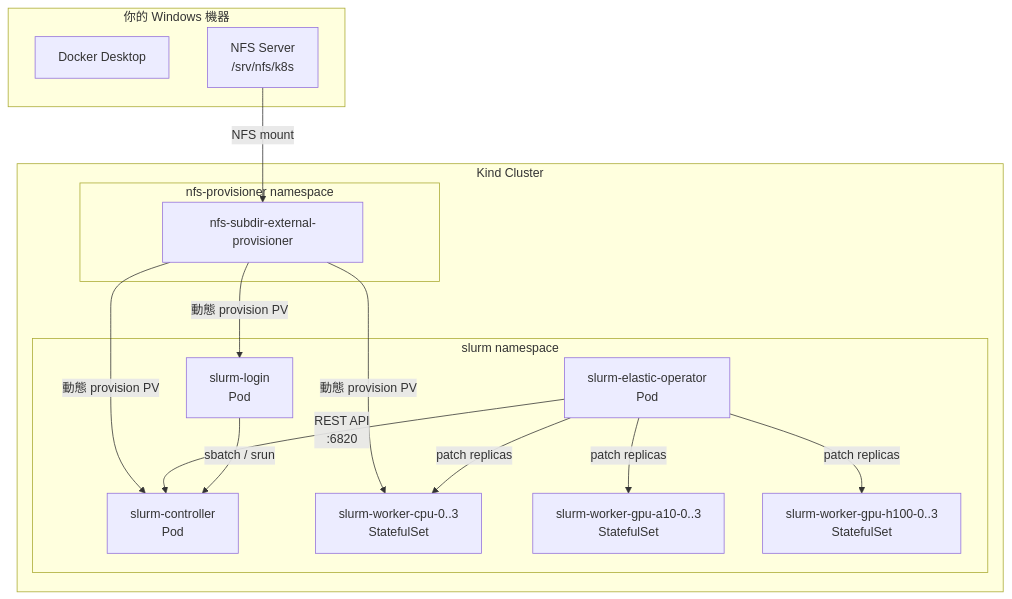
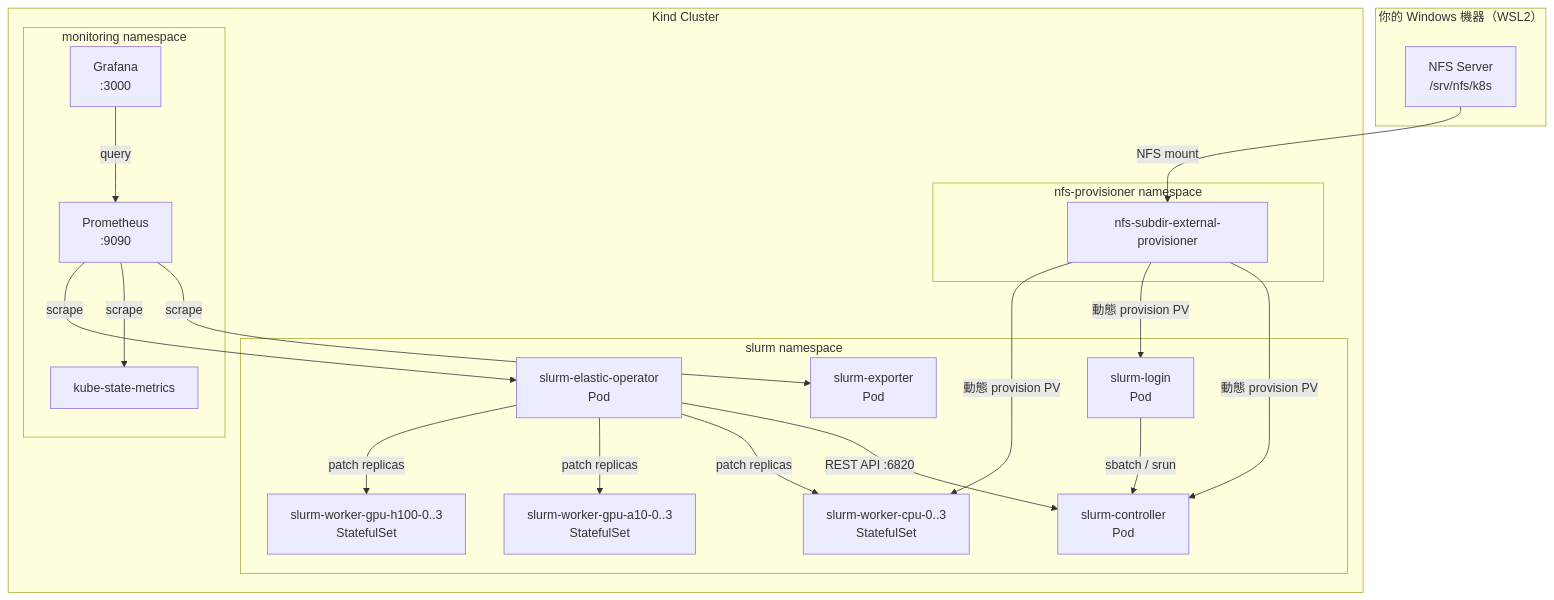
One commit to SoWiEee/Slurm-on-K8s-For-DDP changed the first of 7 diagrams in docs/cluster.md. Above: the diagram before and after it, drawn with Mermaid. The commit also changed other lines of this file and 12 other files, not shown here.

````diff
--- a/docs/cluster.md
+++ b/docs/cluster.md
@@ -28,32 +29,42 @@
 ```mermaid
 graph TD
-    subgraph "你的 Windows 機器"
-        DD[Docker Desktop]
+    subgraph "你的 Windows 機器（WSL2）"
         NFS_HOST[NFS Server\n/srv/nfs/k8s]
     end
 
     subgraph "Kind Cluster"
         subgraph "nfs-provisioner namespace"
             PROV[nfs-subdir-external-provisioner]
         end
 
         subgraph "slurm namespace"
             CTL[slurm-controller\nPod]
             LOGIN[slurm-login\nPod]
             OPER[slurm-elastic-operator\nPod]
+            SEXP[slurm-exporter\nPod]
             CPU[slurm-worker-cpu-0..3\nStatefulSet]
             A10[slurm-worker-gpu-a10-0..3\nStatefulSet]
             H100[slurm-worker-gpu-h100-0..3\nStatefulSet]
+        end
+
+        subgraph "monitoring namespace"
+            PROM[Prometheus\n:9090]
+            GRAF[Grafana\n:3000]
+            KSM[kube-state-metrics]
         end
     end
 
     NFS_HOST -- NFS mount --> PROV
     PROV -- 動態 provision PV --> CTL
     PROV -- 動態 provision PV --> LOGIN
     PROV -- 動態 provision PV --> CPU
-    OPER -- "REST API\n:6820" --> CTL
+    OPER -- "REST API :6820" --> CTL
     OPER -- "patch replicas" --> CPU
     OPER -- "patch replicas" --> A10
     OPER -- "patch replicas" --> H100
     LOGIN -- "sbatch / srun" --> CTL
+    PROM -- scrape --> SEXP
+    PROM -- scrape --> KSM
+    PROM -- scrape --> OPER
+    GRAF -- query --> PROM
 ```
````
